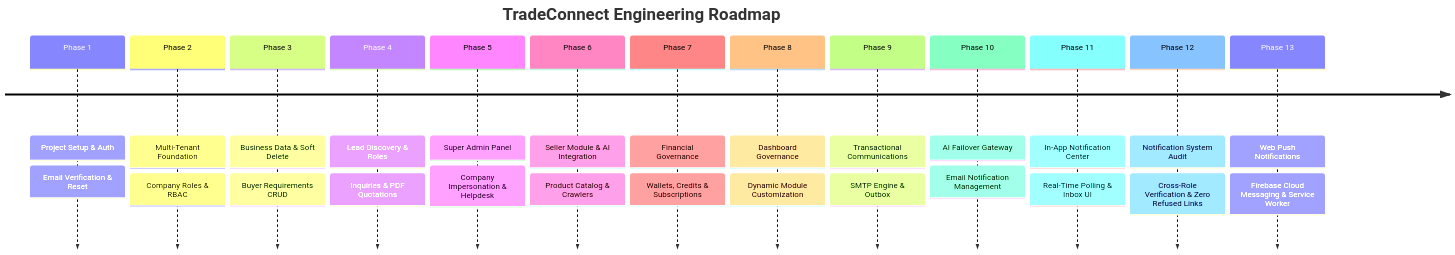
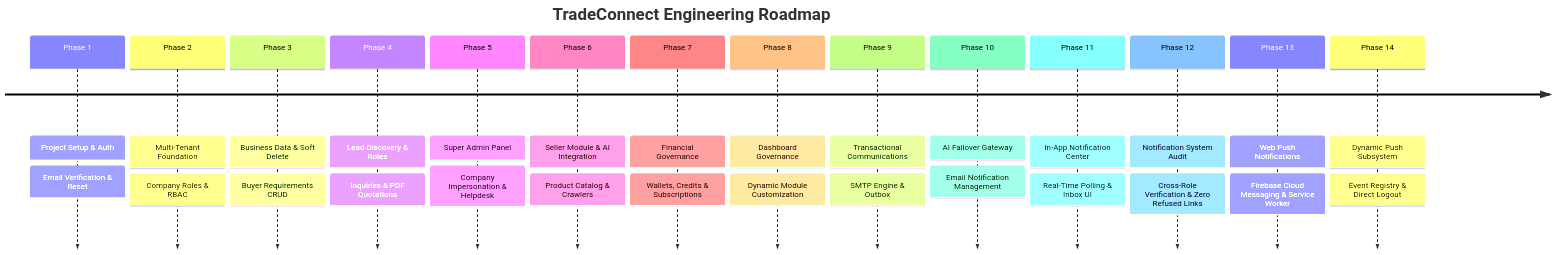
The diagram in docs/02_DEVELOPMENT_ROADMAP.md (AjayPatil2313/procurement-ai), drawn with Mermaid before and after one commit. The commit also changed other lines of this file and 22 other files, not shown here.

Commit message:
Dynamic In-App & Firebase Browser Push Notification System

````diff
--- a/docs/02_DEVELOPMENT_ROADMAP.md
+++ b/docs/02_DEVELOPMENT_ROADMAP.md
@@ -9,17 +9,18 @@
 ```mermaid
 timeline
     title TradeConnect Engineering Roadmap
     Phase 1 : Project Setup & Auth : Email Verification & Reset
     Phase 2 : Multi-Tenant Foundation : Company Roles & RBAC
     Phase 3 : Business Data & Soft Delete : Buyer Requirements CRUD
     Phase 4 : Lead Discovery & Roles : Inquiries & PDF Quotations
     Phase 5 : Super Admin Panel : Company Impersonation & Helpdesk
     Phase 6 : Seller Module & AI Integration : Product Catalog & Crawlers
     Phase 7 : Financial Governance : Wallets, Credits & Subscriptions
     Phase 8 : Dashboard Governance : Dynamic Module Customization
     Phase 9 : Transactional Communications : SMTP Engine & Outbox
     Phase 10 : AI Failover Gateway : Email Notification Management
     Phase 11 : In-App Notification Center : Real-Time Polling & Inbox UI
     Phase 12 : Notification System Audit : Cross-Role Verification & Zero Refused Links
     Phase 13 : Web Push Notifications : Firebase Cloud Messaging & Service Worker
+    Phase 14 : Dynamic Push Subsystem : Event Registry & Direct Logout
 ```
````
